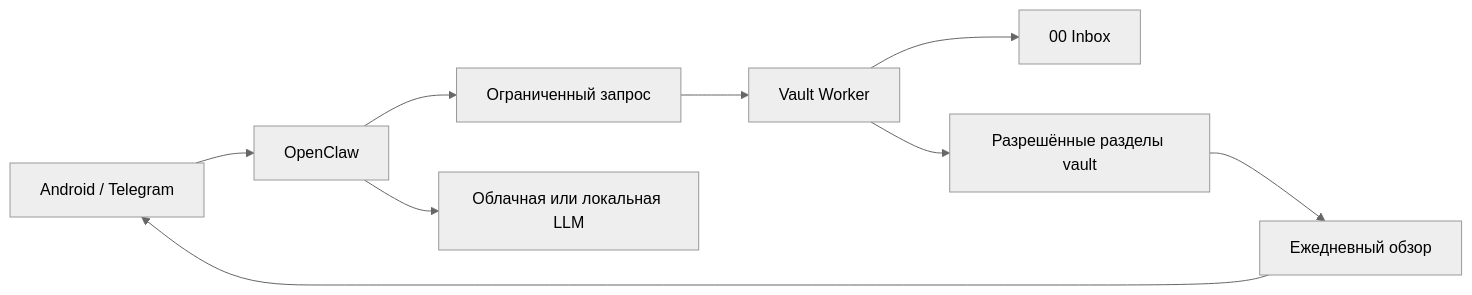
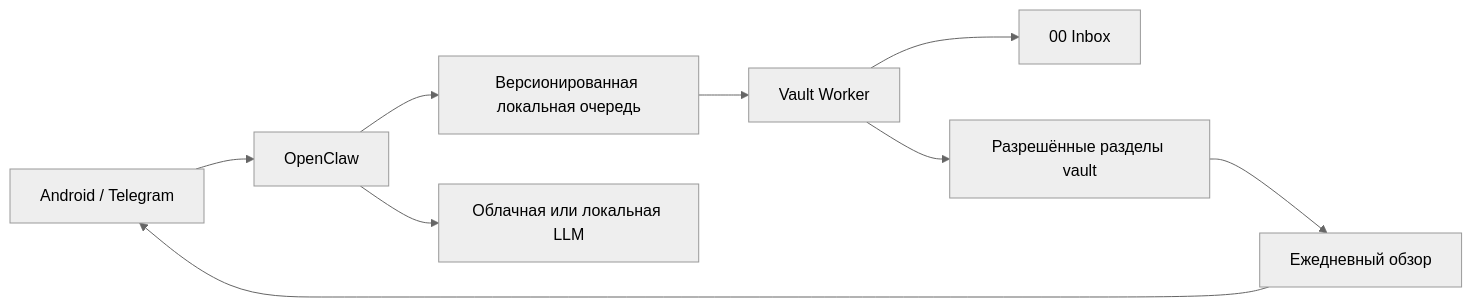
One commit to gmlol11/obsidian-assistant changed the diagram in README.md. Above: the diagram before and after it, drawn with Mermaid (neutral theme). The commit also changed other lines of this file and 31 other files, not shown here.

````diff
--- a/README.md
+++ b/README.md
@@ -20,11 +20,11 @@
 ```mermaid
 flowchart LR
     U["Android / Telegram"] --> A["OpenClaw"]
-    A --> Q["Ограниченный запрос"]
+    A --> Q["Версионированная локальная очередь"]
     Q --> W["Vault Worker"]
     W --> I["00 Inbox"]
     W --> V["Разрешённые разделы vault"]
     V --> R["Ежедневный обзор"]
     R --> U
     A --> L["Облачная или локальная LLM"]
 ```
````
